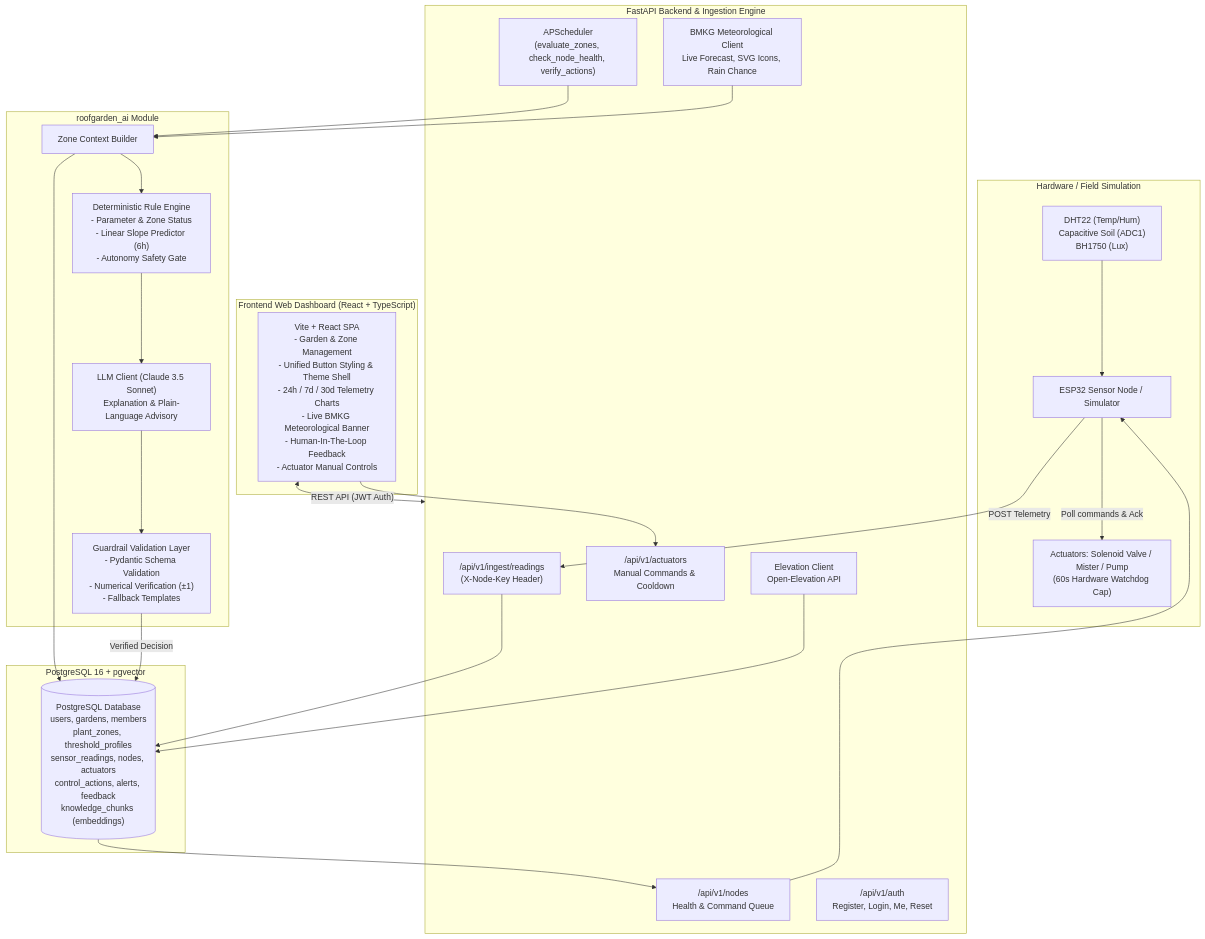
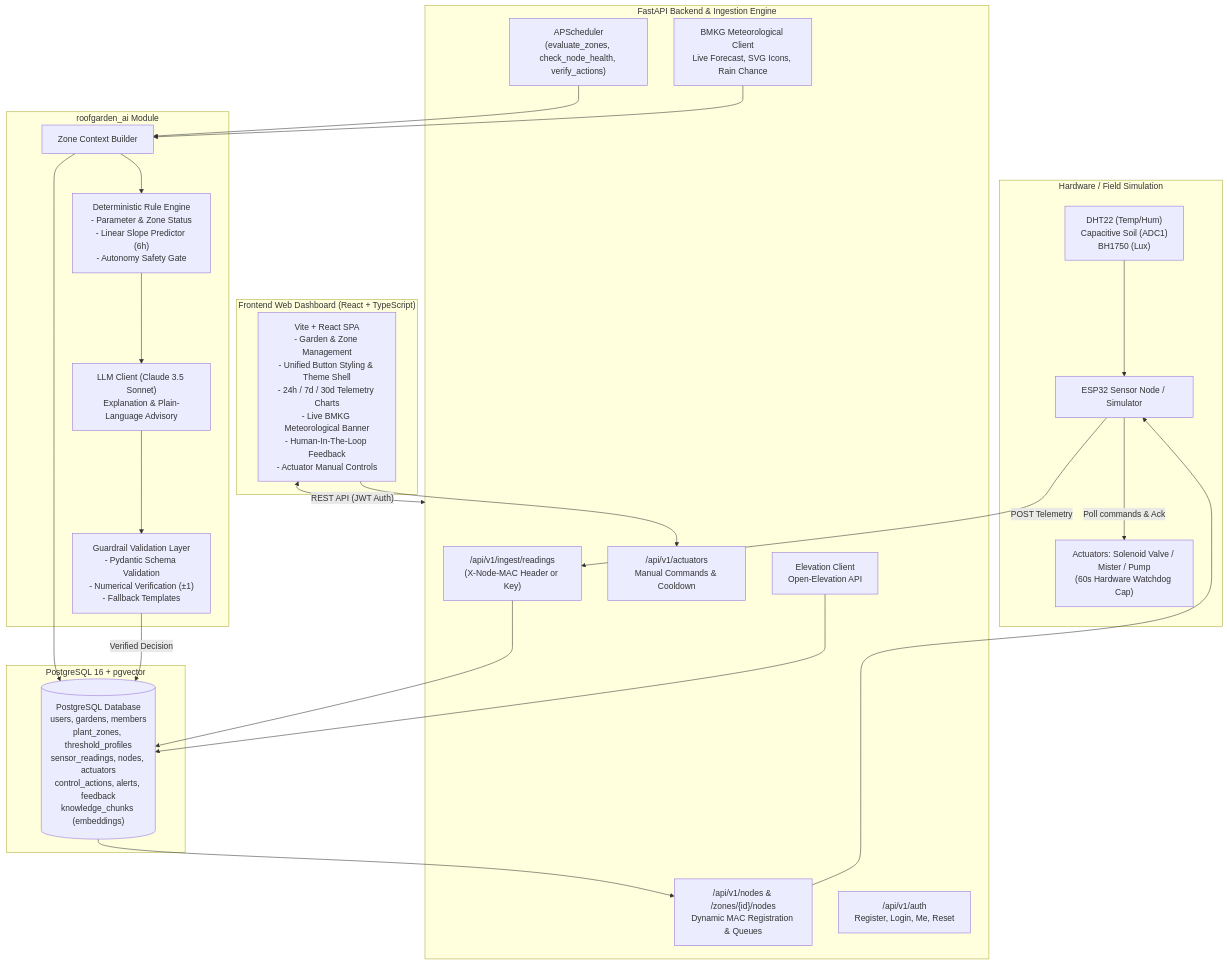
The diagram in README.md (lisamzhr/G7_RPLProject_Menara), drawn with Mermaid before and after one commit. The commit also changed other lines of this file and 24 other files, not shown here.

Commit message:
feat(nodes): add dynamic ESP32 MAC-based node registration to plant zones

````diff
--- a/README.md
+++ b/README.md
@@ -9,52 +9,52 @@
 ```mermaid
 flowchart TD
     subgraph Hardware ["Hardware / Field Simulation"]
         ESP32["ESP32 Sensor Node / Simulator"]
         Sensors["DHT22 (Temp/Hum)<br/>Capacitive Soil (ADC1)<br/>BH1750 (Lux)"]
         ActuatorsHardware["Actuators: Solenoid Valve / Mister / Pump<br/>(60s Hardware Watchdog Cap)"]
         Sensors --> ESP32
         ESP32 -->|Poll commands & Ack| ActuatorsHardware
     end
 
     subgraph Backend ["FastAPI Backend & Ingestion Engine"]
-        IngestAPI["/api/v1/ingest/readings<br/>(X-Node-Key Header)"]
+        IngestAPI["/api/v1/ingest/readings<br/>(X-Node-MAC Header or Key)"]
         ActuatorsAPI["/api/v1/actuators<br/>Manual Commands & Cooldown"]
-        NodesAPI["/api/v1/nodes<br/>Health & Command Queue"]
+        NodesAPI["/api/v1/nodes & /zones/{id}/nodes<br/>Dynamic MAC Registration & Queues"]
         AuthAPI["/api/v1/auth<br/>Register, Login, Me, Reset"]
         BMKG["BMKG Meteorological Client<br/>Live Forecast, SVG Icons, Rain Chance"]
         Elev["Elevation Client<br/>Open-Elevation API"]
         Scheduler["APScheduler<br/>(evaluate_zones, check_node_health, verify_actions)"]
     end
 
     subgraph Storage ["PostgreSQL 16 + pgvector"]
         DB[("PostgreSQL Database<br/>users, gardens, members<br/>plant_zones, threshold_profiles<br/>sensor_readings, nodes, actuators<br/>control_actions, alerts, feedback<br/>knowledge_chunks (embeddings)")]
     end
 
     subgraph AI ["roofgarden_ai Module"]
         ContextBuilder["Zone Context Builder"]
         RuleEngine["Deterministic Rule Engine<br/>- Parameter & Zone Status<br/>- Linear Slope Predictor (6h)<br/>- Autonomy Safety Gate"]
         LLM["LLM Client (Claude 3.5 Sonnet)<br/>Explanation & Plain-Language Advisory"]
         Guardrails["Guardrail Validation Layer<br/>- Pydantic Schema Validation<br/>- Numerical Verification (±1)<br/>- Fallback Templates"]
     end
 
     subgraph Frontend ["Frontend Web Dashboard (React + TypeScript)"]
         ViteApp["Vite + React SPA<br/>- Garden & Zone Management<br/>- Unified Button Styling & Theme Shell<br/>- 24h / 7d / 30d Telemetry Charts<br/>- Live BMKG Meteorological Banner<br/>- Human-In-The-Loop Feedback<br/>- Actuator Manual Controls"]
     end
 
     ESP32 -->|POST Telemetry| IngestAPI
     IngestAPI --> DB
     Scheduler --> ContextBuilder
     ContextBuilder --> DB
     BMKG --> ContextBuilder
     Elev --> DB
 
     ContextBuilder --> RuleEngine
     RuleEngine --> LLM
     LLM --> Guardrails
     Guardrails -->|Verified Decision| DB
 
     DB --> NodesAPI
     NodesAPI --> ESP32
     ViteApp <-->|"REST API (JWT Auth)"| Backend
     ViteApp --> ActuatorsAPI
 ```
````
